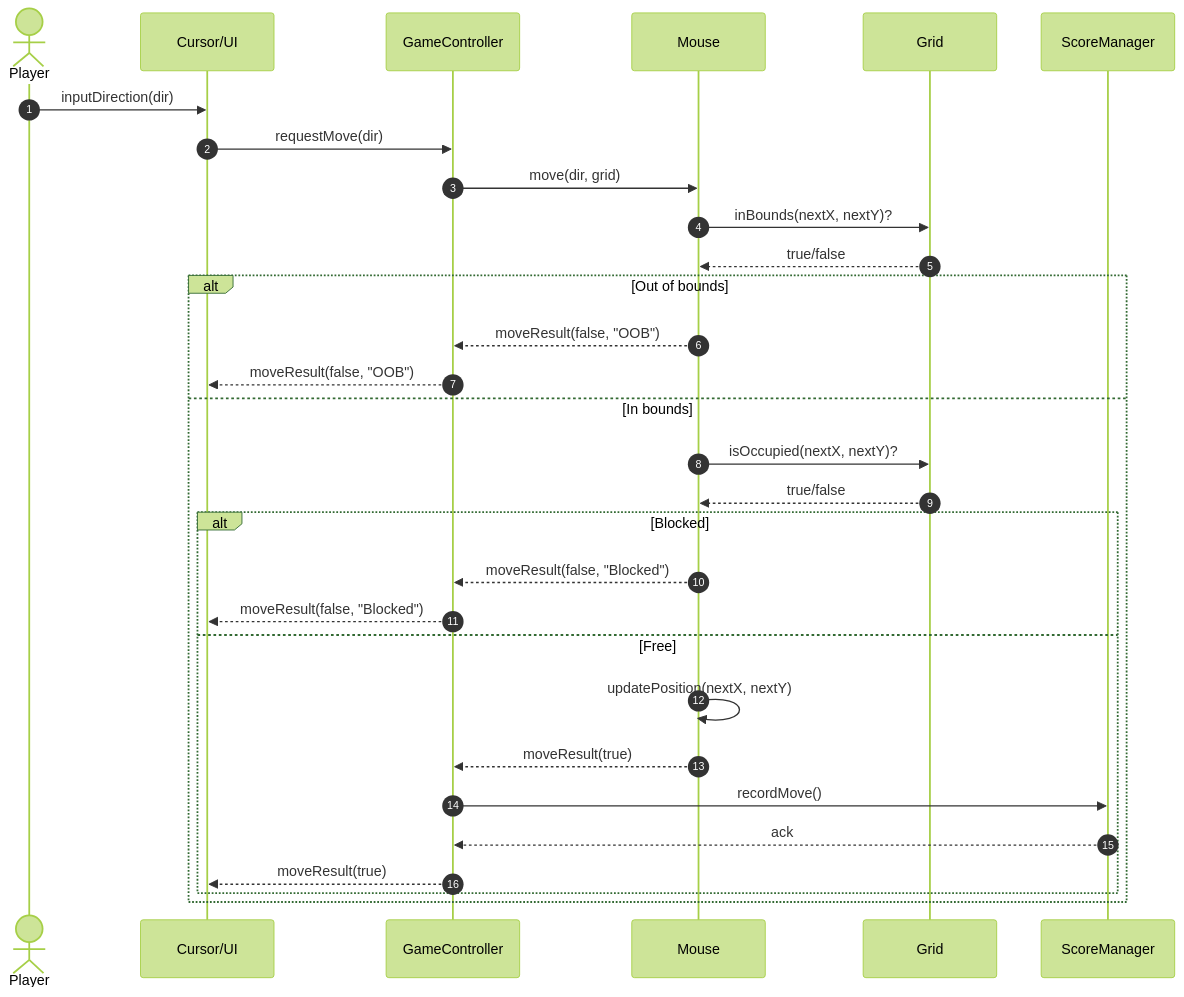
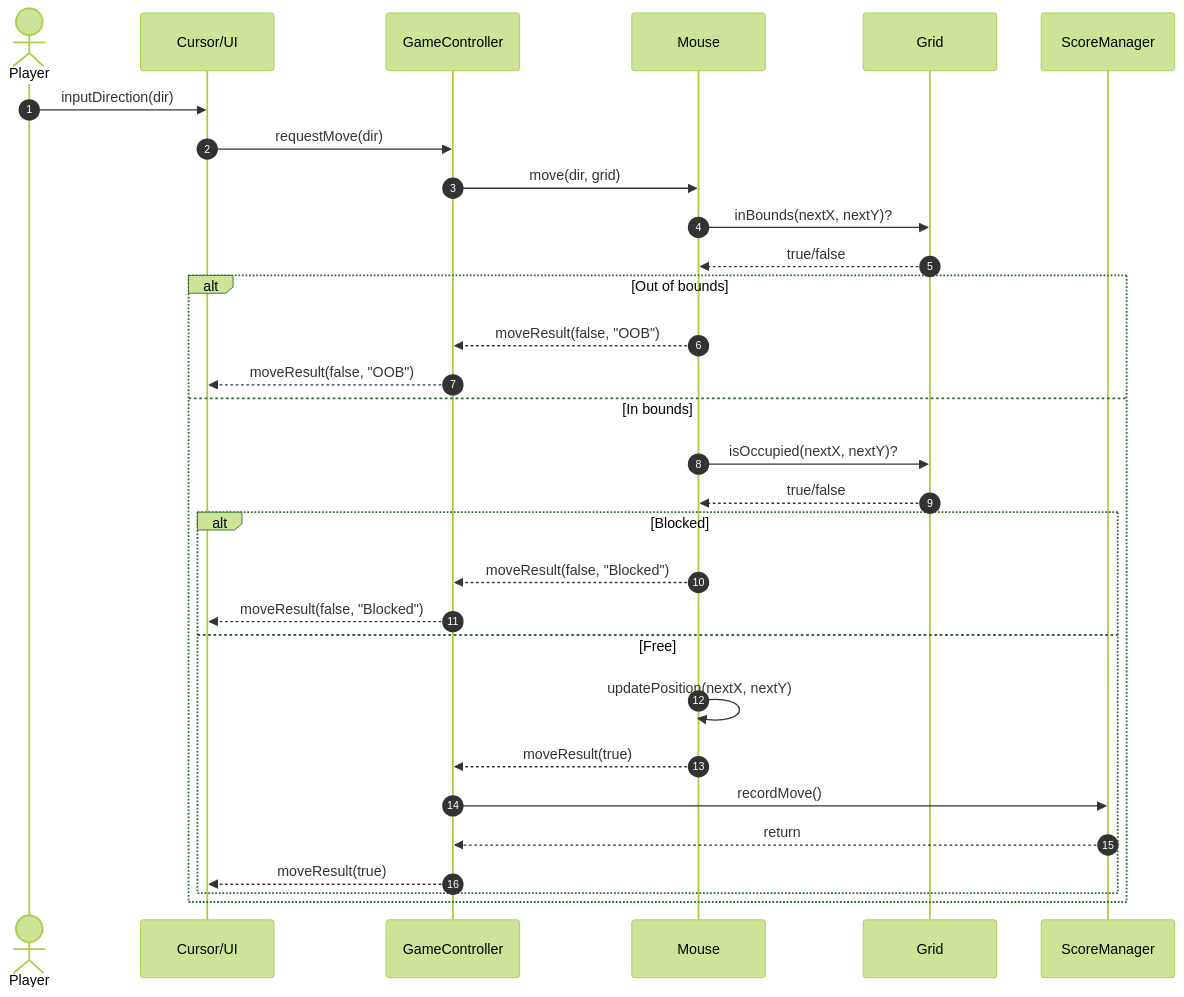
The diagram in docs/UML/initialization_state_sequence_diagram.mmd (Iveyson/w0517277-midterm), drawn with Mermaid (forest theme) before and after one commit. The commit also changed 1 other file, not shown here.

```diff
--- a/docs/UML/initialization_state_sequence_diagram.mmd
+++ b/docs/UML/initialization_state_sequence_diagram.mmd
@@ -1,42 +1,42 @@
 sequenceDiagram
     autonumber
     actor Player
     participant Cursor as Cursor/UI
     participant GC as GameController
     participant Mouse as Mouse
     participant Grid as Grid
     participant Score as ScoreManager
 
     %% Player provides direction through UI
     Player->>Cursor: inputDirection(dir)
 
     %% UI hands off to GameController
     Cursor->>GC: requestMove(dir)
 
     %% GC delegates the move to the Mouse (providing grid context)
     GC->>Mouse: move(dir, grid)
 
     %% Mouse validates via Grid
     Mouse->>Grid: inBounds(nextX, nextY)?
     Grid-->>Mouse: true/false
 
     alt Out of bounds
         Mouse-->>GC: moveResult(false, "OOB")
         GC-->>Cursor: moveResult(false, "OOB")
     else In bounds
         Mouse->>Grid: isOccupied(nextX, nextY)?
         Grid-->>Mouse: true/false
 
         alt Blocked
             Mouse-->>GC: moveResult(false, "Blocked")
             GC-->>Cursor: moveResult(false, "Blocked")
         else Free
             Mouse->>Mouse: updatePosition(nextX, nextY)
             Mouse-->>GC: moveResult(true)
 
             %% GC updates scoring and notifies UI
             GC->>Score: recordMove()
-            Score-->>GC: ack
+            Score-->>GC: return
             GC-->>Cursor: moveResult(true)
         end
     end
```
